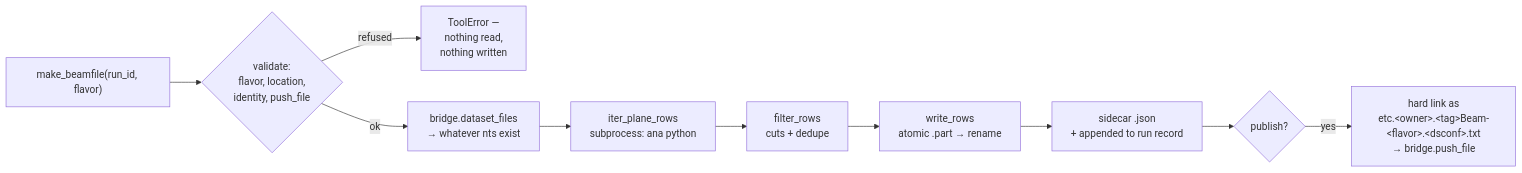
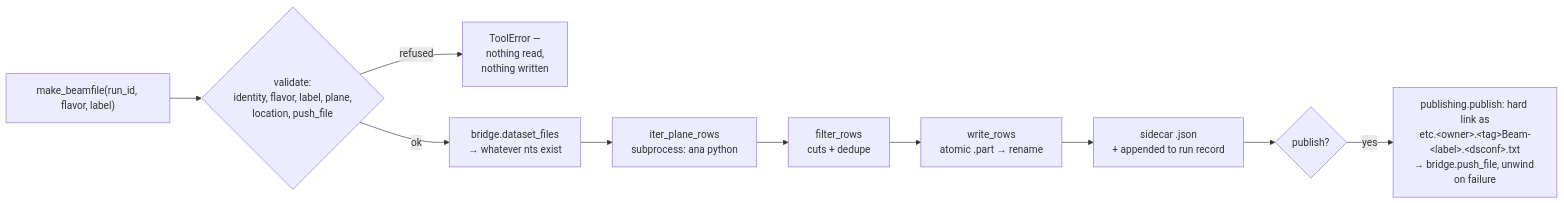
One commit to oksuzian/beamkit changed the third of 3 diagrams in docs/architecture.md. Above: the diagram before and after it, drawn with Mermaid. The commit also changed other lines of this file and 2 other files, not shown here.

First line of the commit message:
docs: identity and publishing modules, run states, label, CONTEXT.md

````diff
--- a/docs/architecture.md
+++ b/docs/architecture.md
@@ -130,12 +152,12 @@
 ```mermaid
 graph LR
-    A["make_beamfile(run_id, flavor)"] --> B{"validate:<br/>flavor, location,<br/>identity, push_file"}
+    A["make_beamfile(run_id, flavor, label)"] --> B{"validate:<br/>identity, flavor, label, plane,<br/>location, push_file"}
     B -->|refused| X["ToolError —<br/>nothing read,<br/>nothing written"]
     B -->|ok| C["bridge.dataset_files<br/>→ whatever nts exist"]
     C --> D["iter_plane_rows<br/>subprocess: ana python"]
     D --> E["filter_rows<br/>cuts + dedupe"]
     E --> F["write_rows<br/>atomic .part → rename"]
     F --> G["sidecar .json<br/>+ appended to run record"]
     G --> H{"publish?"}
-    H -->|yes| I["hard link as<br/>etc.&lt;owner&gt;.&lt;tag&gt;Beam-&lt;flavor&gt;.&lt;dsconf&gt;.txt<br/>→ bridge.push_file"]
+    H -->|yes| I["publishing.publish: hard link as<br/>etc.&lt;owner&gt;.&lt;tag&gt;Beam-&lt;label&gt;.&lt;dsconf&gt;.txt<br/>→ bridge.push_file, unwind on failure"]
 ```
````
